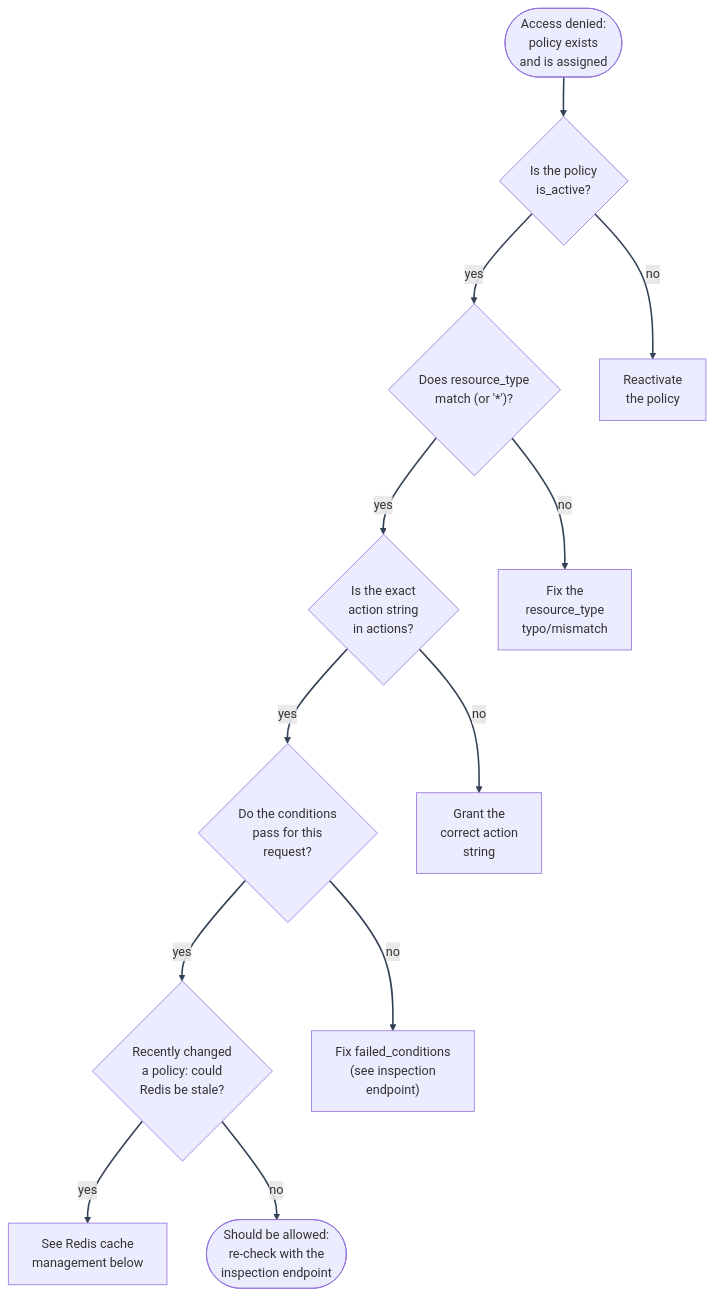
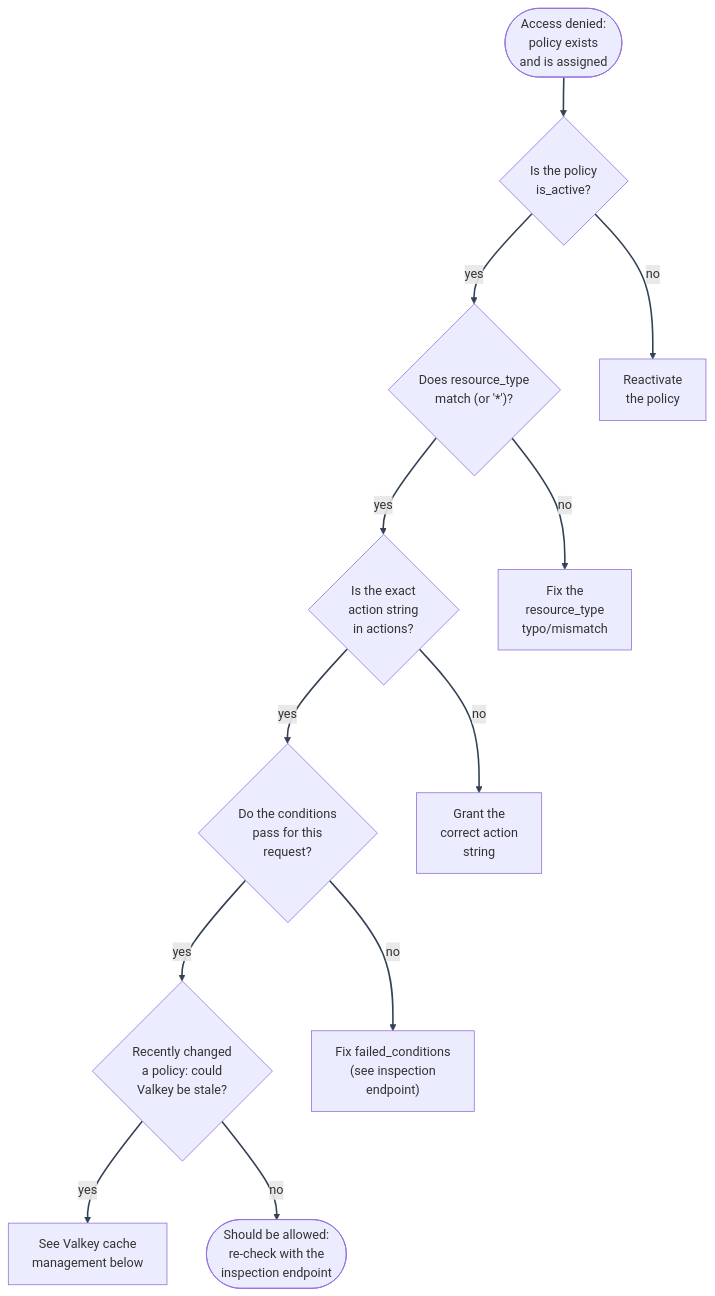
One commit to Nachiket-2024/mystic-auth changed the diagram in docs/mystic_auth/authorization/troubleshooting/common-issues.md. Above: the diagram before and after it, drawn with Mermaid. The commit also changed other lines of this file and 905 other files, not shown here.

First line of the commit message:
Replaced Chakra UI with shadcn/Radix, migrated Redis to Valkey, revamped UI/UX

````diff
--- a/docs/mystic_auth/authorization/troubleshooting/common-issues.md
+++ b/docs/mystic_auth/authorization/troubleshooting/common-issues.md
@@ -31,28 +31,28 @@
 ```mermaid
 %%{init: {"themeVariables": {"lineColor": "#334155"}} }%%
 flowchart TD
     Start(["Access denied:\n policy exists\n and is assigned"])
     Active{"Is the policy\n is_active?"}
     ResType{"Does resource_type\n match (or '*')?"}
     Action{"Is the exact\n action string\n in actions?"}
     Cond{"Do the conditions\n pass for this\n request?"}
-    Cache{"Recently changed\n a policy: could\n Redis be stale?"}
+    Cache{"Recently changed\n a policy: could\n Valkey be stale?"}
     Fix1["Reactivate\n the policy"]
     Fix2["Fix the\n resource_type\n typo/mismatch"]
     Fix3["Grant the\n correct action\n string"]
     Fix4["Fix failed_conditions\n (see inspection\n endpoint)"]
-    Fix5["See Redis cache\n management below"]
+    Fix5["See Valkey cache\n management below"]
     Allowed(["Should be allowed:\n re-check with the\n inspection endpoint"])
     Start --> Active
     Active -- "no" --> Fix1
     Active -- "yes" --> ResType
     ResType -- "no" --> Fix2
     ResType -- "yes" --> Action
     Action -- "no" --> Fix3
     Action -- "yes" --> Cond
     Cond -- "no" --> Fix4
     Cond -- "yes" --> Cache
     Cache -- "yes" --> Fix5
     Cache -- "no" --> Allowed
     linkStyle default stroke:#334155,stroke-width:2px
 ```
````
